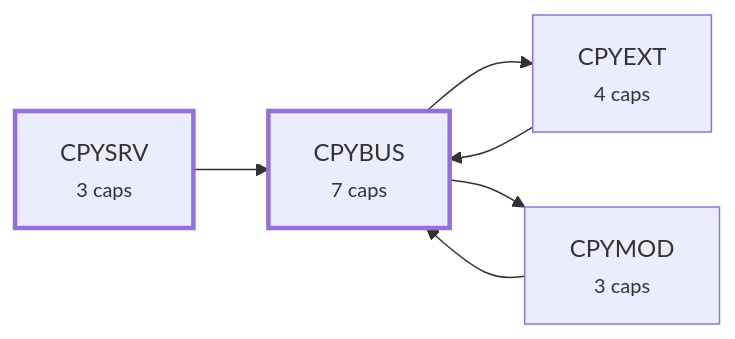
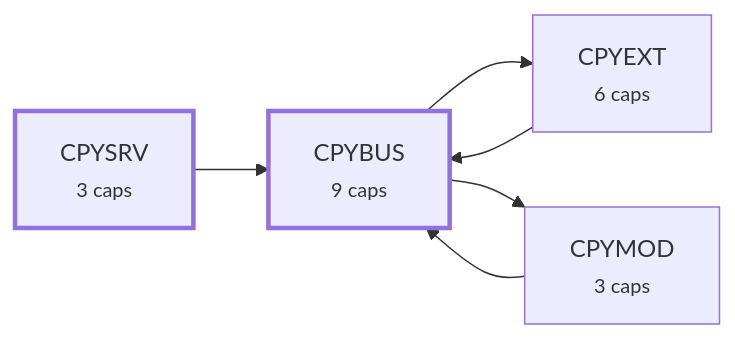
The third of 4 diagrams in requirements/_map.md (alxmax/Consilium-py), drawn with Mermaid before and after one commit. The commit also changed other lines of this file and 84 other files, not shown here.

````diff
--- a/requirements/_map.md
+++ b/requirements/_map.md
@@ -169,14 +199,14 @@
 ```mermaid
 graph LR
-  a_CPYBUS["CPYBUS<br><small>7 caps</small>"]
-  a_CPYEXT["CPYEXT<br><small>4 caps</small>"]
+  a_CPYBUS["CPYBUS<br><small>9 caps</small>"]
+  a_CPYEXT["CPYEXT<br><small>6 caps</small>"]
   a_CPYMOD["CPYMOD<br><small>3 caps</small>"]
   a_CPYSRV["CPYSRV<br><small>3 caps</small>"]
   a_CPYBUS --> a_CPYEXT
   a_CPYBUS --> a_CPYMOD
   a_CPYEXT --> a_CPYBUS
   a_CPYMOD --> a_CPYBUS
   a_CPYSRV --> a_CPYBUS
   style a_CPYBUS stroke-width:3px
   style a_CPYSRV stroke-width:3px
 ```
````
